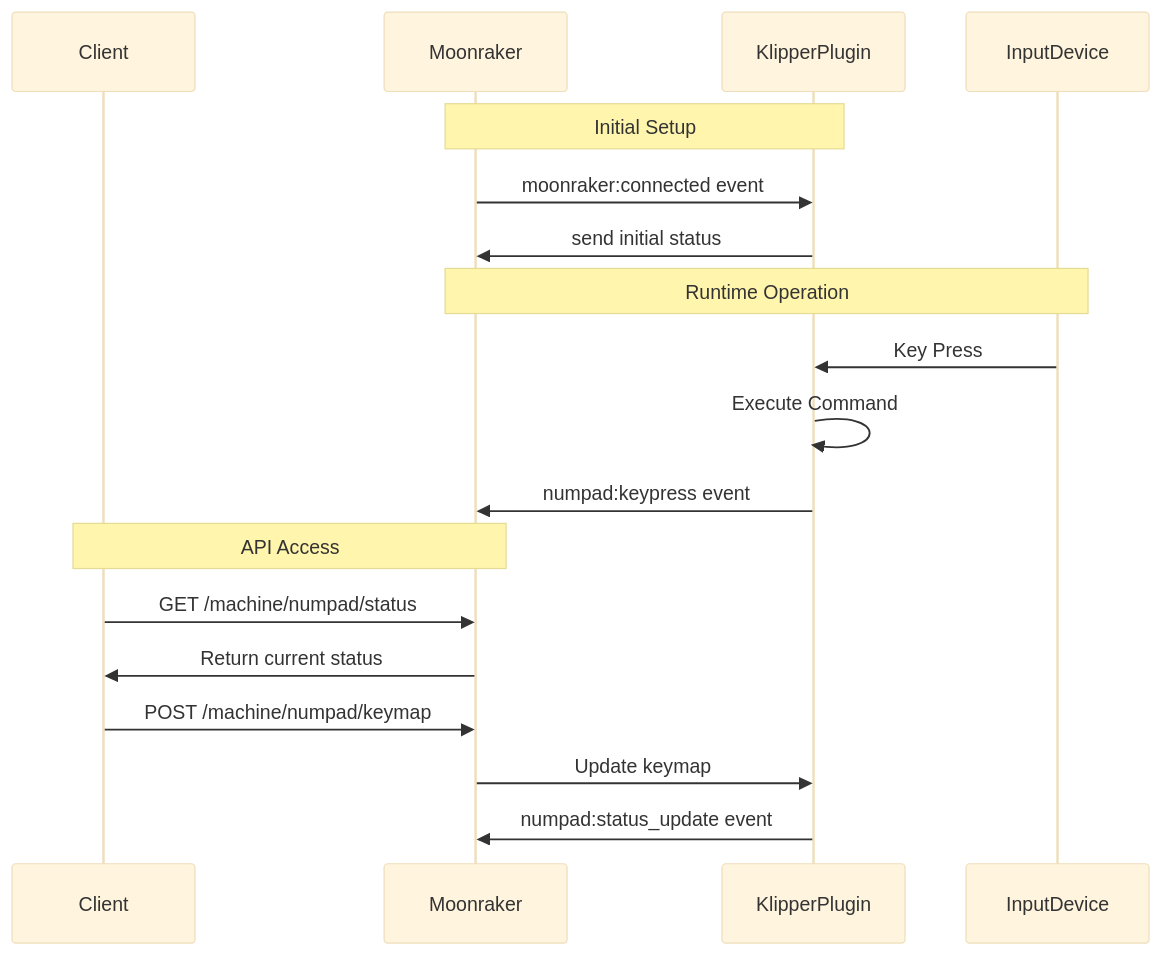
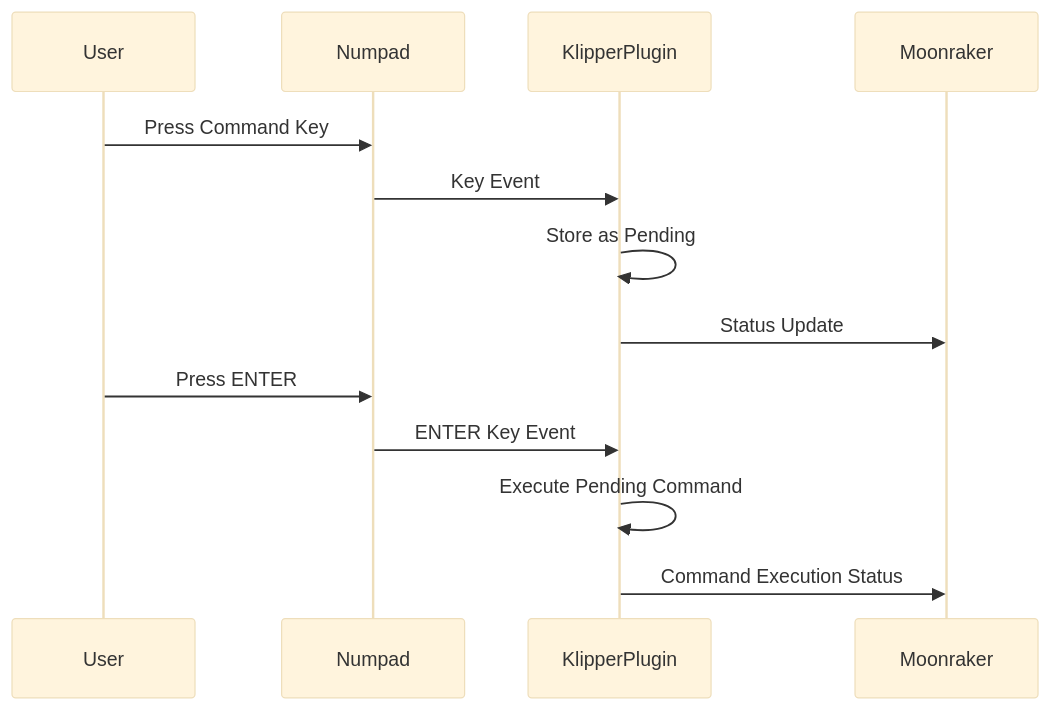
Before and after one commit to CWE3D/lister_numpad_macros: the diagram in README.md, drawn with Mermaid (base theme). The commit also changed other lines of this file, not shown here.

````diff
--- a/README.md
+++ b/README.md
@@ -24,23 +40,16 @@
 ```mermaid
 sequenceDiagram
-    participant Client
+    participant User
+    participant Numpad
+    participant KlipperPlugin
     participant Moonraker
-    participant KlipperPlugin
-    participant InputDevice
-
-    Note over Moonraker,KlipperPlugin: Initial Setup
-    Moonraker->>KlipperPlugin: moonraker:connected event
-    KlipperPlugin->>Moonraker: send initial status
     
-    Note over InputDevice,Moonraker: Runtime Operation
-    InputDevice->>KlipperPlugin: Key Press
-    KlipperPlugin->>KlipperPlugin: Execute Command
-    KlipperPlugin->>Moonraker: numpad:keypress event
-    
-    Note over Client,Moonraker: API Access
-    Client->>Moonraker: GET /machine/numpad/status
-    Moonraker->>Client: Return current status
-    Client->>Moonraker: POST /machine/numpad/keymap
-    Moonraker->>KlipperPlugin: Update keymap
-    KlipperPlugin->>Moonraker: numpad:status_update event
+    User->>Numpad: Press Command Key
+    Numpad->>KlipperPlugin: Key Event
+    KlipperPlugin->>KlipperPlugin: Store as Pending
+    KlipperPlugin->>Moonraker: Status Update
+    User->>Numpad: Press ENTER
+    Numpad->>KlipperPlugin: ENTER Key Event
+    KlipperPlugin->>KlipperPlugin: Execute Pending Command
+    KlipperPlugin->>Moonraker: Command Execution Status
 ```
````
